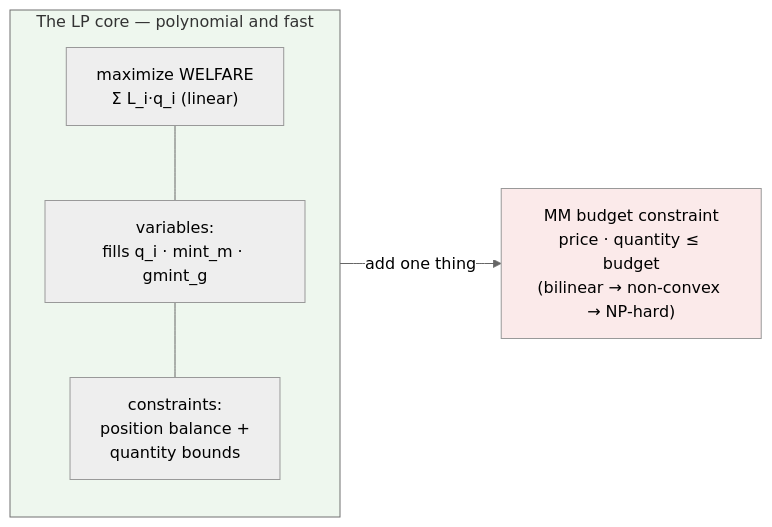
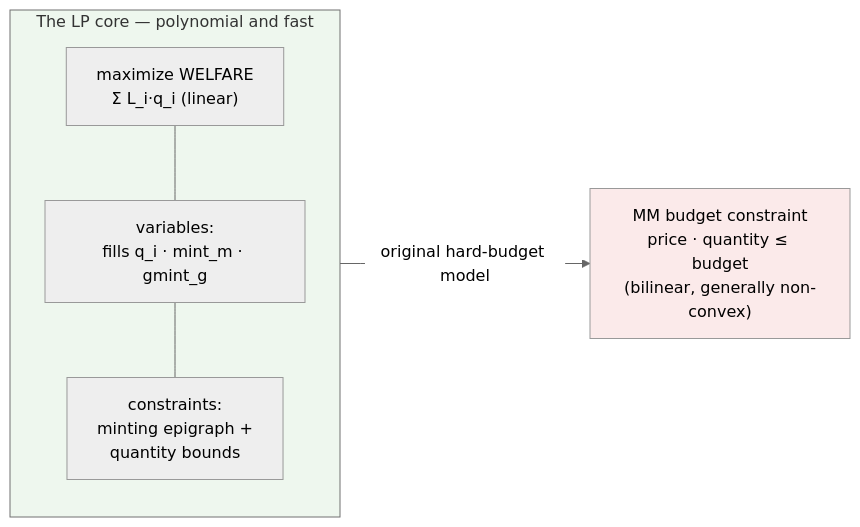
One commit to MetaB0y/sybil changed the diagram in docs/architecture/02-matching/The LP Core.md. Above: the diagram before and after it, drawn with Mermaid (neutral theme). The commit also changed other lines of this file and 22 other files, not shown here.

````diff
--- a/docs/architecture/02-matching/The LP Core.md
+++ b/docs/architecture/02-matching/The LP Core.md
@@ -13,13 +20,13 @@
 ```mermaid
 flowchart LR
     subgraph lp["The LP core — polynomial and fast"]
         direction TB
         OBJ["maximize WELFARE<br/>Σ L_i·q_i (linear)"]
         VAR["variables:<br/>fills q_i · mint_m · gmint_g"]
-        CON["constraints:<br/>position balance +<br/>quantity bounds"]
+        CON["constraints:<br/>minting epigraph +<br/>quantity bounds"]
         OBJ --- VAR --- CON
     end
-    lp -->|"add one thing"| HARD["MM budget constraint<br/>price · quantity ≤ budget<br/>(bilinear → non-convex → NP-hard)"]
+    lp -->|"original hard-budget model"| HARD["MM budget constraint<br/>price · quantity ≤ budget<br/>(bilinear, generally non-convex)"]
     style lp fill:#eef7ee
     style HARD fill:#fbeaea
 ```
````
